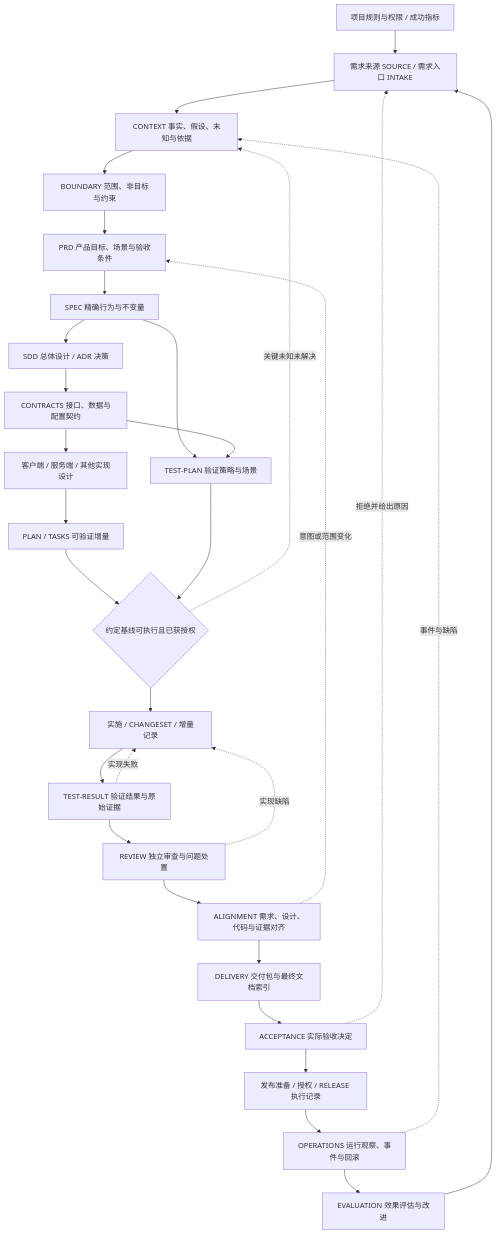
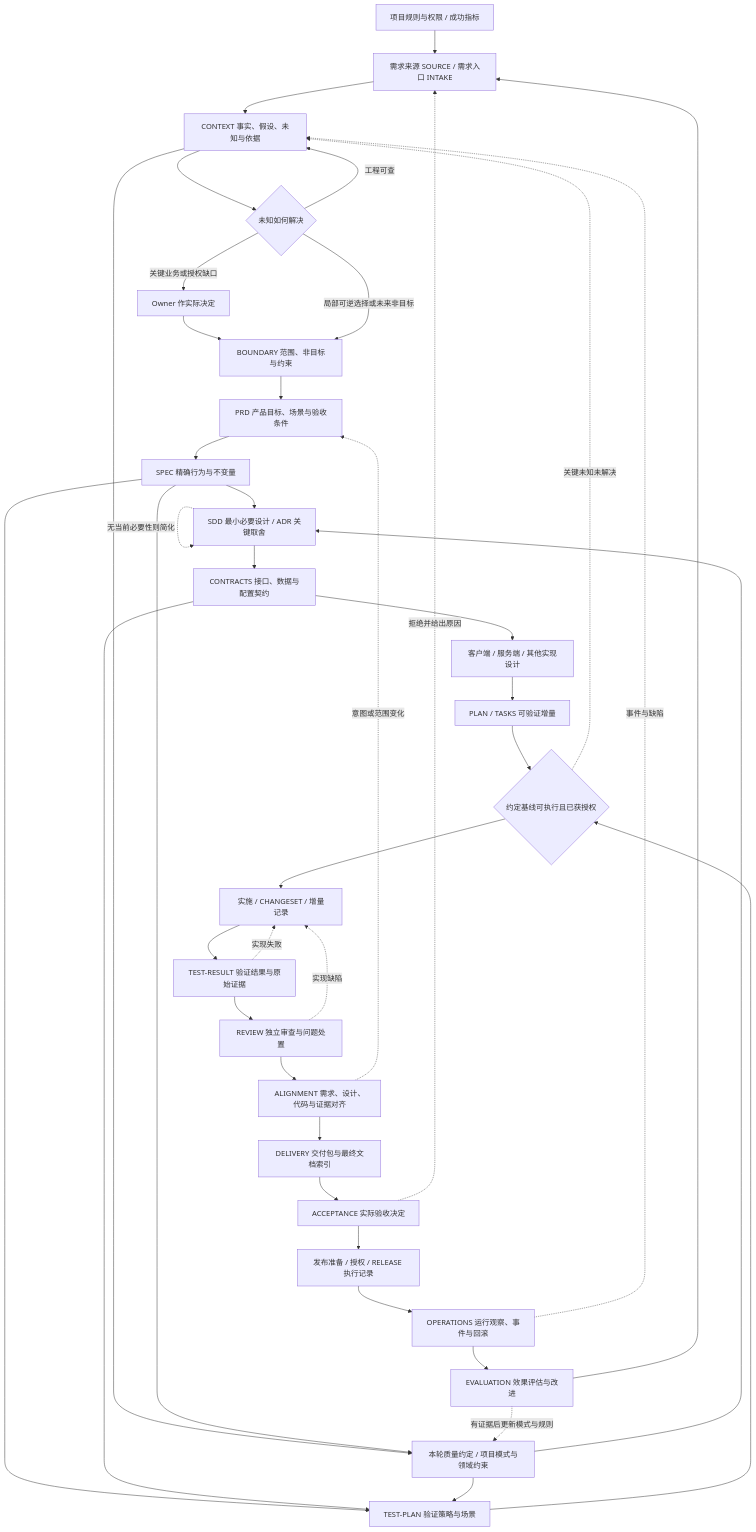
The diagram in docs/TARGET_HARNESS.md (YIMO691/ares-ai-engineering-harness), drawn with Mermaid before and after one commit. The commit also changed other lines of this file and 9 other files, not shown here.

Commit message:
docs: unify final Harness design and consolidate quality research

````diff
--- a/docs/TARGET_HARNESS.md
+++ b/docs/TARGET_HARNESS.md
@@ -35,32 +47,42 @@
 ```mermaid
 flowchart TD
     GOV[项目规则与权限 / 成功指标] --> SRC[需求来源 SOURCE / 需求入口 INTAKE]
     SRC --> CTX[CONTEXT 事实、假设、未知与依据]
-    CTX --> BND[BOUNDARY 范围、非目标与约束]
+    CTX --> UNKNOWN{未知如何解决}
+    UNKNOWN -->|工程可查| CTX
+    UNKNOWN -->|关键业务或授权缺口| HUMAN[Owner 作实际决定]
+    HUMAN --> BND[BOUNDARY 范围、非目标与约束]
+    UNKNOWN -->|局部可逆选择或未来非目标| BND
     BND --> PRD[PRD 产品目标、场景与验收条件]
     PRD --> SPEC[SPEC 精确行为与不变量]
-    SPEC --> DESIGN[SDD 总体设计 / ADR 决策]
+    SPEC --> DESIGN[SDD 最小必要设计 / ADR 关键取舍]
+    CTX --> QUALITY[本轮质量约定 / 项目模式与领域约束]
+    SPEC --> QUALITY
+    QUALITY --> DESIGN
+    DESIGN -. 无当前必要性则简化 .-> DESIGN
     DESIGN --> CONTRACT[CONTRACTS 接口、数据与配置契约]
     CONTRACT --> DETAIL[客户端 / 服务端 / 其他实现设计]
     DETAIL --> PLAN[PLAN / TASKS 可验证增量]
     SPEC --> TESTPLAN[TEST-PLAN 验证策略与场景]
     CONTRACT --> TESTPLAN
     PLAN --> READY{约定基线可执行且已获授权}
     TESTPLAN --> READY
+    QUALITY --> TESTPLAN
     READY --> BUILD[实施 / CHANGESET / 增量记录]
     BUILD --> RESULT[TEST-RESULT 验证结果与原始证据]
     RESULT --> REVIEW[REVIEW 独立审查与问题处置]
     REVIEW --> ALIGN[ALIGNMENT 需求、设计、代码与证据对齐]
     ALIGN --> DELIVERY[DELIVERY 交付包与最终文档索引]
     DELIVERY --> ACCEPT[ACCEPTANCE 实际验收决定]
     ACCEPT --> RELEASE[发布准备 / 授权 / RELEASE 执行记录]
     RELEASE --> OPS[OPERATIONS 运行观察、事件与回滚]
     OPS --> EVAL[EVALUATION 效果评估与改进]
     EVAL --> SRC
+    EVAL -. 有证据后更新模式与规则 .-> QUALITY
     RESULT -. 实现失败 .-> BUILD
     REVIEW -. 实现缺陷 .-> BUILD
     ALIGN -. 意图或范围变化 .-> PRD
     ACCEPT -. 拒绝并给出原因 .-> SRC
     OPS -. 事件与缺陷 .-> CTX
     READY -. 关键未知未解决 .-> CTX
 ```
````
